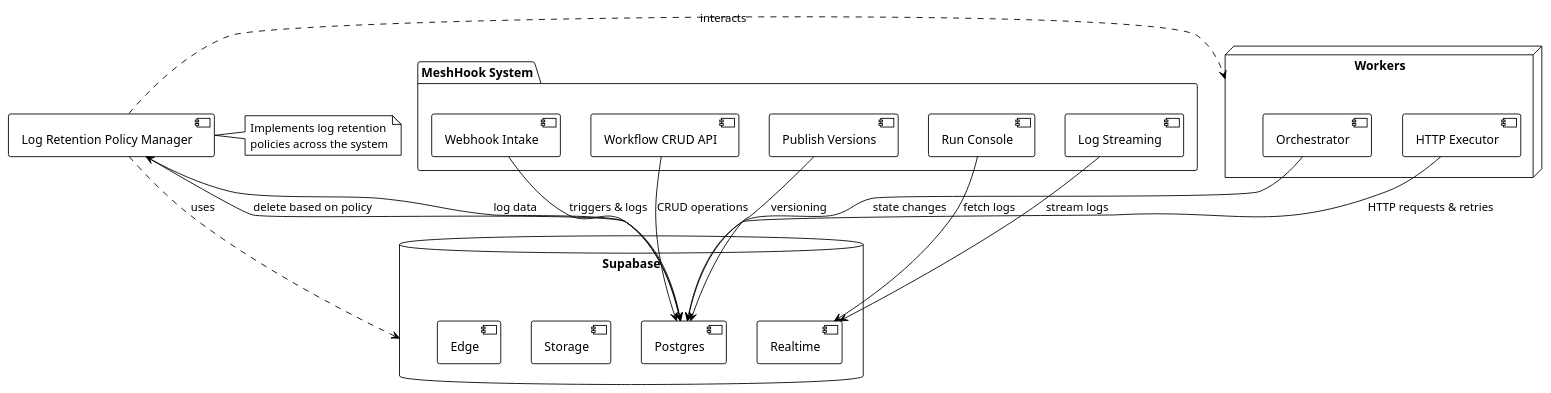
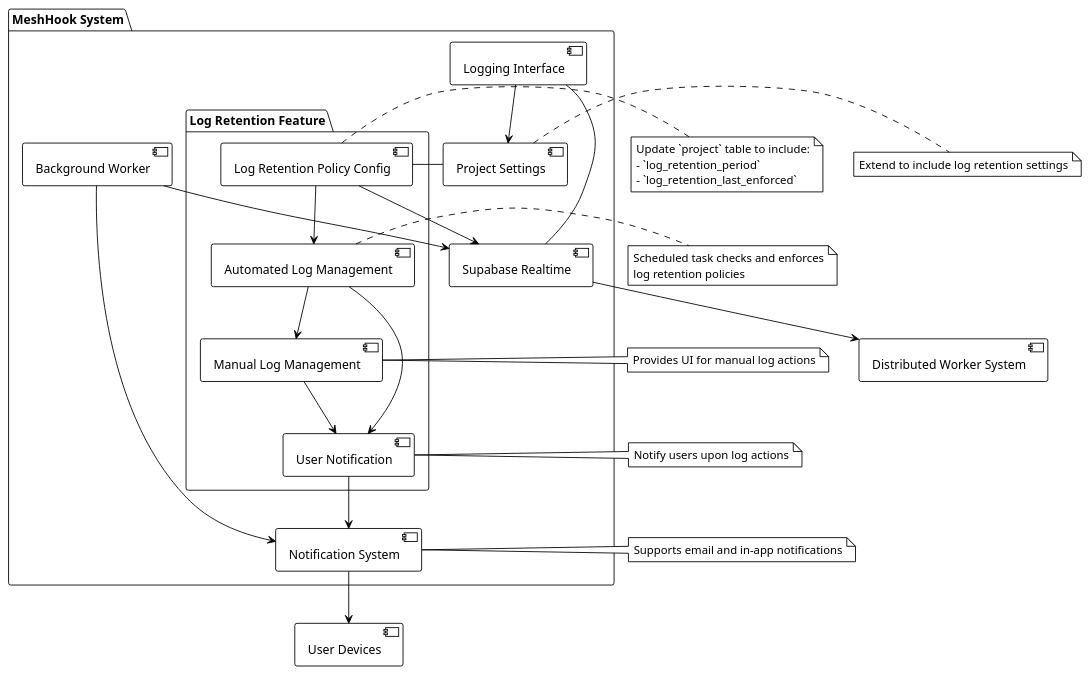
Before and after one commit to profullstack/meshhook: the diagram in docs/PRDs/165-log-retention-policies.puml, drawn with PlantUML. The commit also changed 248 other files, not shown here.

```diff
--- a/docs/PRDs/165-log-retention-policies.puml
+++ b/docs/PRDs/165-log-retention-policies.puml
@@ -1,41 +1,52 @@
 @startuml
 !theme plain
 
 package "MeshHook System" {
-    [Webhook Intake] as WI
-    [Workflow CRUD API] as WCAPI
-    [Publish Versions] as PV
-    [Run Console] as RC
-    [Log Streaming] as LS
+    [Logging Interface] - [Supabase Realtime]
+    [Logging Interface] --> [Project Settings]
+    [Background Worker] --> [Supabase Realtime]
+    [Background Worker] --> [Notification System]
+
+    package "Log Retention Feature" {
+        [Project Settings] - [Log Retention Policy Config]
+        [Log Retention Policy Config] --> [Automated Log Management]
+        [Automated Log Management] --> [Manual Log Management]
+        [Automated Log Management] --> [User Notification]
+        [Manual Log Management] --> [User Notification]
+
+        [Log Retention Policy Config] --> [Supabase Realtime]
+        [User Notification] --> [Notification System]
+    }
 }
 
-database "Supabase" {
-    [Postgres] as DB
-    [Realtime] as RT
-    [Storage] as ST
-    [Edge] as ED
-}
+[Supabase Realtime] --> [Distributed Worker System]
+[Notification System] --> [User Devices]
 
-node "Workers" {
-    [Orchestrator] as O
-    [HTTP Executor] as HE
-}
+note right of [Log Retention Policy Config]
+  Update `project` table to include:
+  - `log_retention_period`
+  - `log_retention_last_enforced`
+end note
 
-[Log Retention Policy Manager] as LRPM
+note right of [Automated Log Management]
+  Scheduled task checks and enforces
+  log retention policies
+end note
 
-WI --> DB : triggers & logs
-WCAPI --> DB : CRUD operations
-PV --> DB : versioning
-RC --> RT : fetch logs
-LS --> RT : stream logs
-DB --> LRPM : log data
-LRPM --> DB : delete based on policy
-O --> DB : state changes
-HE --> DB : HTTP requests & retries
+note right of [Manual Log Management]
+  Provides UI for manual log actions
+end note
 
-LRPM .> [Supabase] : uses
-LRPM .> [Workers] : interacts
+note right of [User Notification]
+  Notify users upon log actions
+end note
 
-note right of LRPM : Implements log retention\npolicies across the system
+note right of [Project Settings]
+  Extend to include log retention settings
+end note
+
+note right of [Notification System]
+  Supports email and in-app notifications
+end note
 
 @enduml
```
